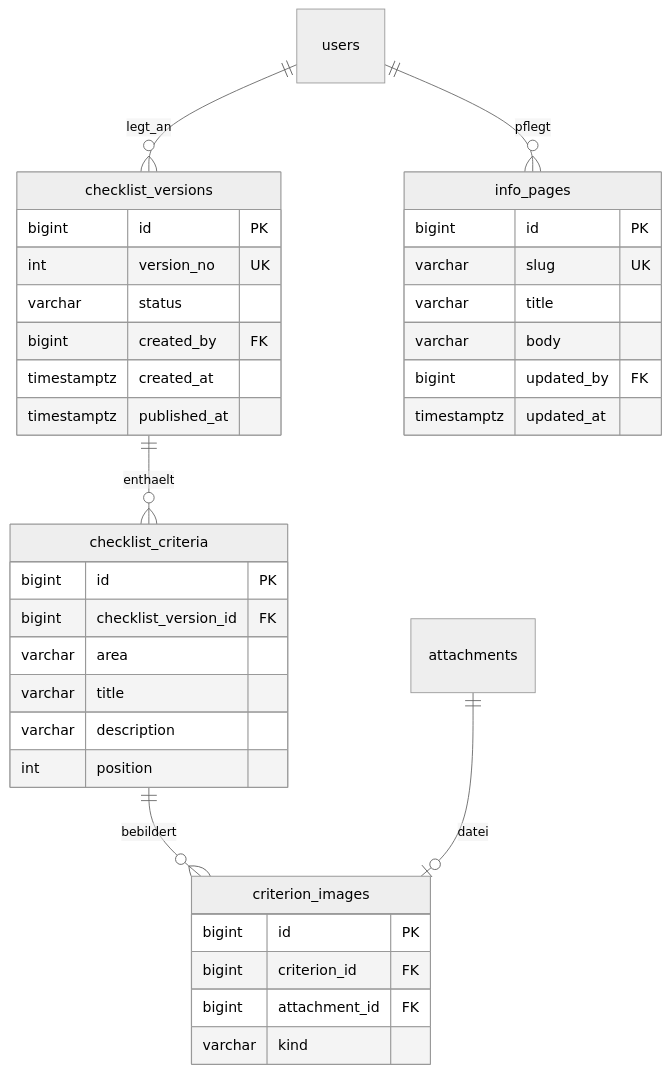
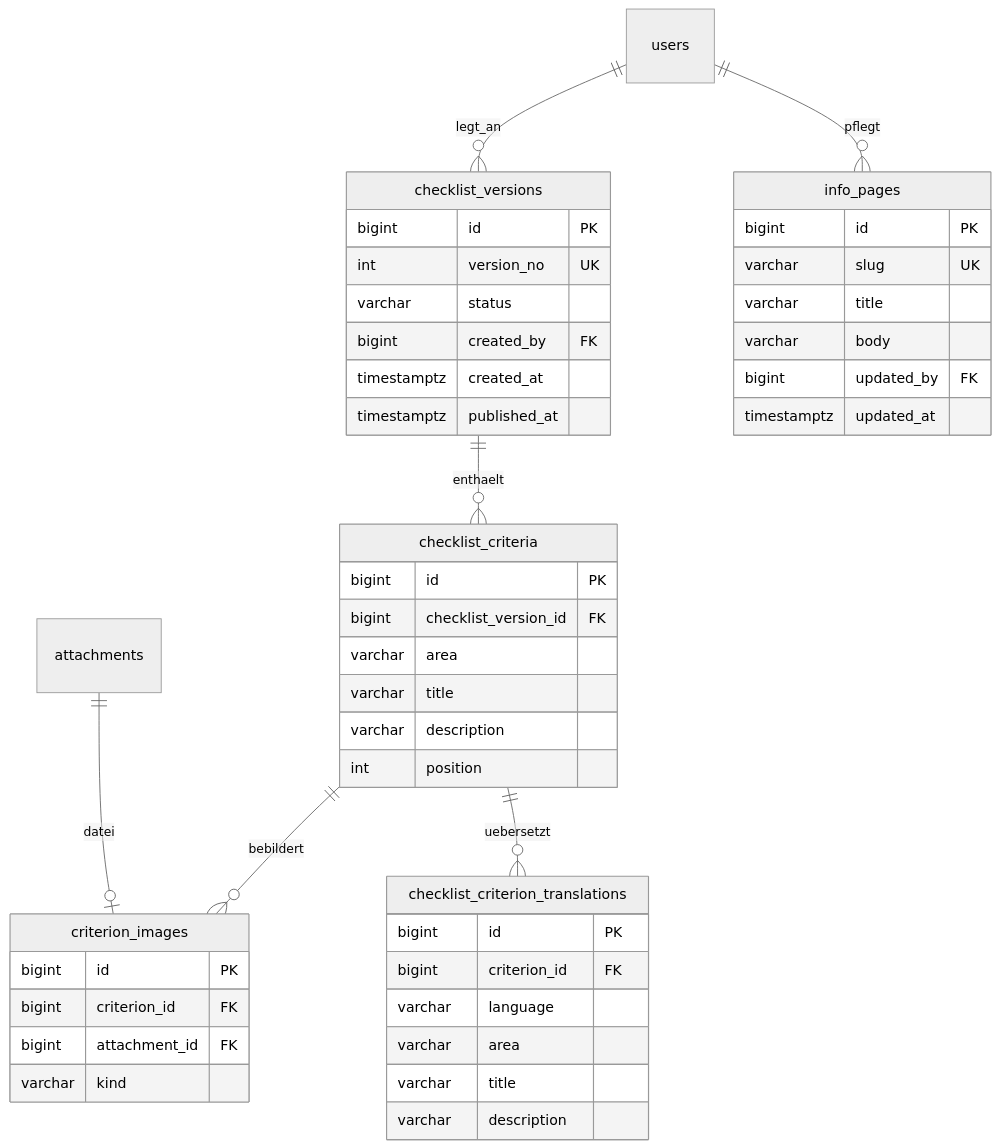
One commit to Sybit-Education/AUME2026 changed the fourth of 10 diagrams in docs/architektur/datenmodell.md. Above: the diagram before and after it, drawn with Mermaid (neutral theme). The commit also changed other lines of this file and 32 other files, not shown here.

````diff
--- a/docs/architektur/datenmodell.md
+++ b/docs/architektur/datenmodell.md
@@ -142,39 +143,48 @@
 ```mermaid
 erDiagram
     users ||--o{ checklist_versions : legt_an
     checklist_versions ||--o{ checklist_criteria : enthaelt
     checklist_criteria ||--o{ criterion_images : bebildert
+    checklist_criteria ||--o{ checklist_criterion_translations : uebersetzt
     attachments ||--o| criterion_images : datei
     users ||--o{ info_pages : pflegt
 
     checklist_versions {
         bigint id PK
         int version_no UK
         varchar status
         bigint created_by FK
         timestamptz created_at
         timestamptz published_at
     }
     checklist_criteria {
         bigint id PK
         bigint checklist_version_id FK
         varchar area
         varchar title
         varchar description
         int position
     }
+    checklist_criterion_translations {
+        bigint id PK
+        bigint criterion_id FK
+        varchar language
+        varchar area
+        varchar title
+        varchar description
+    }
     criterion_images {
         bigint id PK
         bigint criterion_id FK
         bigint attachment_id FK
         varchar kind
     }
     info_pages {
         bigint id PK
         varchar slug UK
         varchar title
         varchar body
         bigint updated_by FK
         timestamptz updated_at
     }
 ```
````
